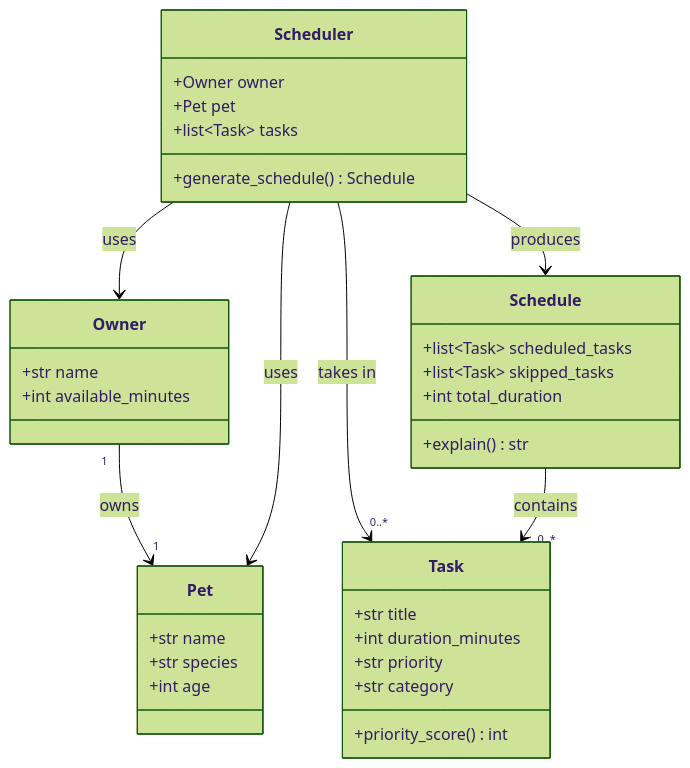
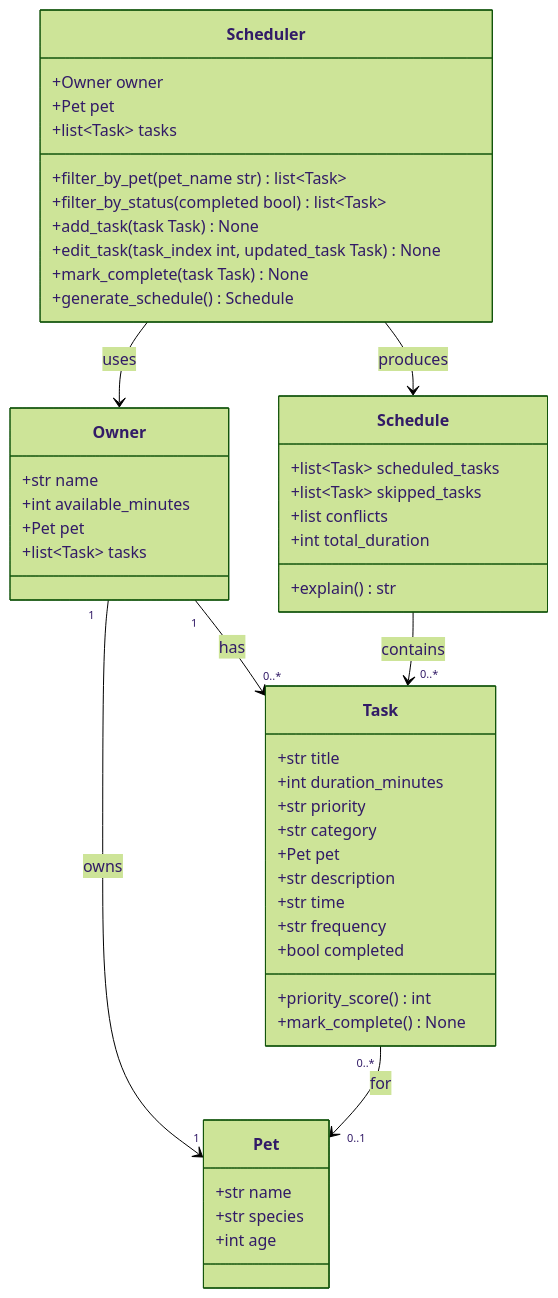
Before and after one commit to ad417705/ai110-module2show-pawpal-starter: the diagram in UML.md, drawn with Mermaid (forest theme). The commit also changed 3 other files, not shown here.

````diff
--- a/UML.md
+++ b/UML.md
@@ -5,42 +5,56 @@
 ```mermaid
 classDiagram
     class Owner {
         +str name
         +int available_minutes
+        +Pet pet
+        +list~Task~ tasks
     }
 
     class Pet {
         +str name
         +str species
         +int age
     }
 
     class Task {
         +str title
         +int duration_minutes
         +str priority
         +str category
+        +Pet pet
+        +str description
+        +str time
+        +str frequency
+        +bool completed
         +priority_score() int
+        +mark_complete() None
     }
 
     class Scheduler {
         +Owner owner
         +Pet pet
         +list~Task~ tasks
+        +filter_by_pet(pet_name str) list~Task~
+        +filter_by_status(completed bool) list~Task~
+        +add_task(task Task) None
+        +edit_task(task_index int, updated_task Task) None
+        +mark_complete(task Task) None
         +generate_schedule() Schedule
     }
 
     class Schedule {
         +list~Task~ scheduled_tasks
         +list~Task~ skipped_tasks
+        +list conflicts
         +int total_duration
         +explain() str
     }
 
     Owner "1" --> "1" Pet : owns
+    Owner "1" --> "0..*" Task : has
+    Task "0..*" --> "0..1" Pet : for
     Scheduler --> Owner : uses
-    Scheduler --> Pet : uses
-    Scheduler --> "0..*" Task : takes in
     Scheduler --> Schedule : produces
     Schedule --> "0..*" Task : contains
 ```
````
